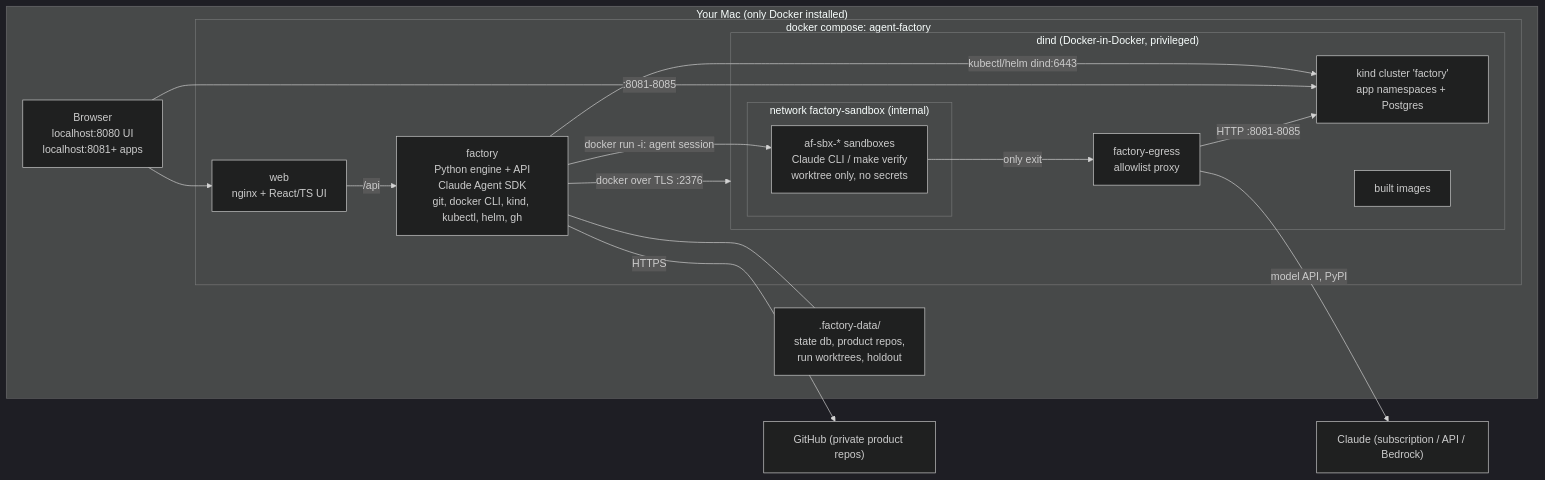
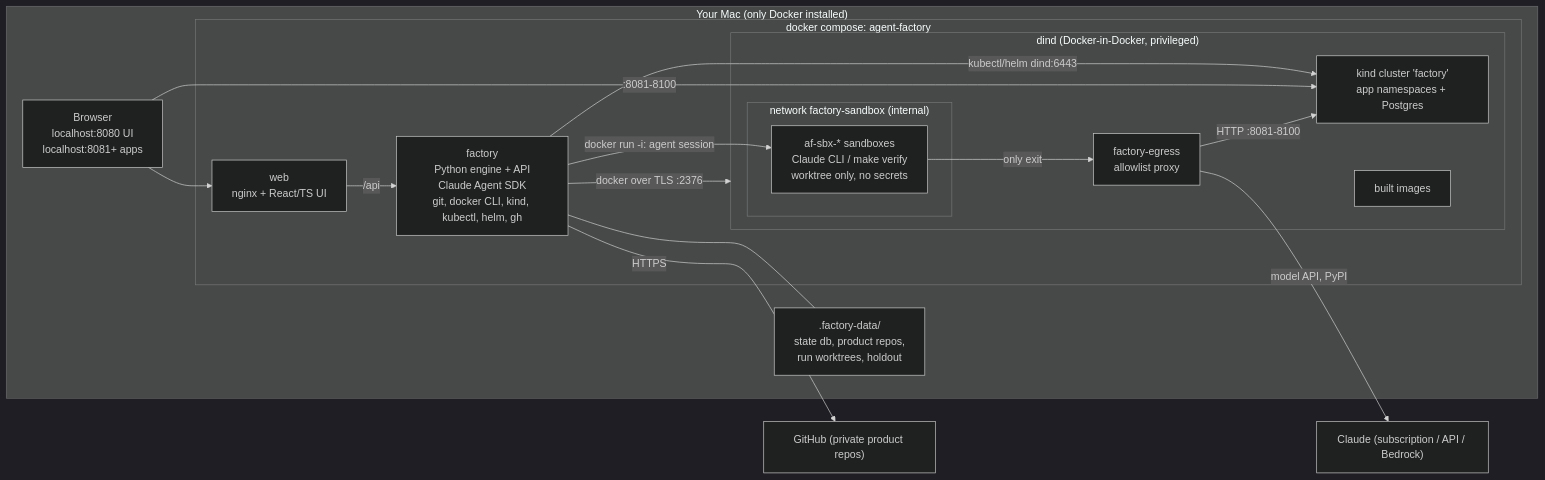
The first of 2 diagrams in docs/architecture.md (Priyasaravana/agent-factory), drawn with Mermaid (dark theme) before and after one commit. The commit also changed 36 other files, not shown here.

````diff
--- a/docs/architecture.md
+++ b/docs/architecture.md
@@ -5,29 +5,29 @@
 ```mermaid
 flowchart LR
   subgraph mac["Your Mac (only Docker installed)"]
     browser["Browser<br/>localhost:8080 UI<br/>localhost:8081+ apps"]
     subgraph compose["docker compose: agent-factory"]
       web["web<br/>nginx + React/TS UI"]
       factory["factory<br/>Python engine + API<br/>Claude Agent SDK<br/>git, docker CLI, kind, kubectl, helm, gh"]
       subgraph dind["dind (Docker-in-Docker, privileged)"]
         kind["kind cluster 'factory'<br/>app namespaces + Postgres"]
         images["built images"]
         subgraph sbx["network factory-sandbox (internal)"]
           sandbox["af-sbx-* sandboxes<br/>Claude CLI / make verify<br/>worktree only, no secrets"]
         end
         egress["factory-egress<br/>allowlist proxy"]
       end
     end
     data[".factory-data/<br/>state db, product repos,<br/>run worktrees, holdout"]
   end
   browser --> web -->|/api| factory
   factory -->|docker over TLS :2376| dind
   factory -->|kubectl/helm dind:6443| kind
   factory --- data
-  browser -->|:8081-8085| kind
+  browser -->|:8081-8100| kind
   factory -->|docker run -i: agent session| sandbox
   sandbox -->|only exit| egress
   egress -->|model API, PyPI| claude["Claude (subscription / API / Bedrock)"]
-  egress -->|HTTP :8081-8085| kind
+  egress -->|HTTP :8081-8100| kind
   factory -->|HTTPS| gh["GitHub (private product repos)"]
 ```
````
